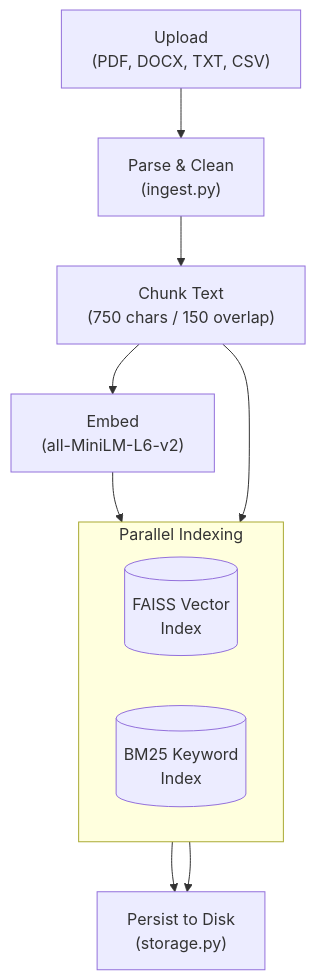
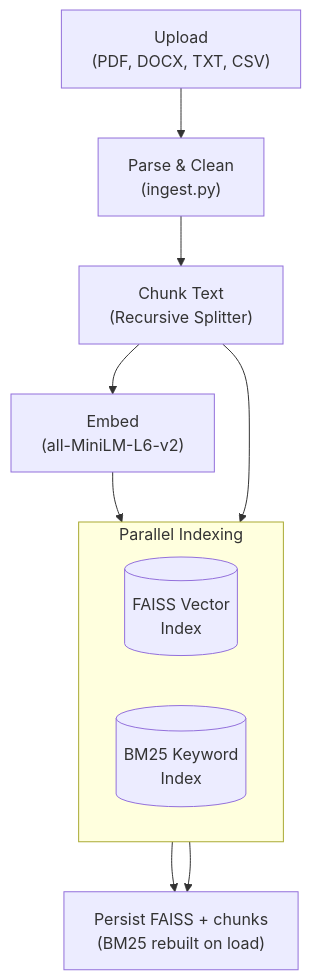
The first of 2 diagrams in README.md (ahemadraza31/veridoc-hybrid-rag), drawn with Mermaid before and after one commit. The commit also changed other lines of this file, not shown here.

Commit message:
docs: refine README diagrams, remove TODOs, clarify relevance score and judge details

````diff
--- a/README.md
+++ b/README.md
@@ -35,15 +35,15 @@
 ```mermaid
 flowchart TB
     A["Upload\n(PDF, DOCX, TXT, CSV)"] --> B["Parse & Clean\n(ingest.py)"]
-    B --> C["Chunk Text\n(750 chars / 150 overlap)"]
+    B --> C["Chunk Text\n(Recursive Splitter)"]
     C --> D["Embed\n(all-MiniLM-L6-v2)"]
     subgraph Indexing ["Parallel Indexing"]
         direction LR
         E[("FAISS Vector\nIndex")]
         F[("BM25 Keyword\nIndex")]
     end
     D --> E
     C --> F
-    E --> G["Persist to Disk\n(storage.py)"]
+    E --> G["Persist FAISS + chunks\n(BM25 rebuilt on load)"]
     F --> G
 ```
````
